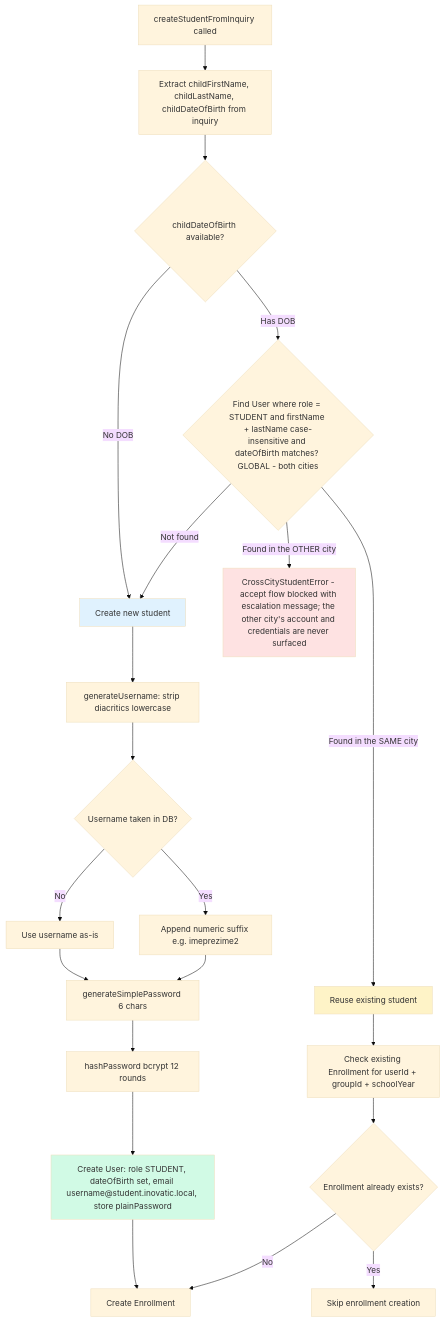
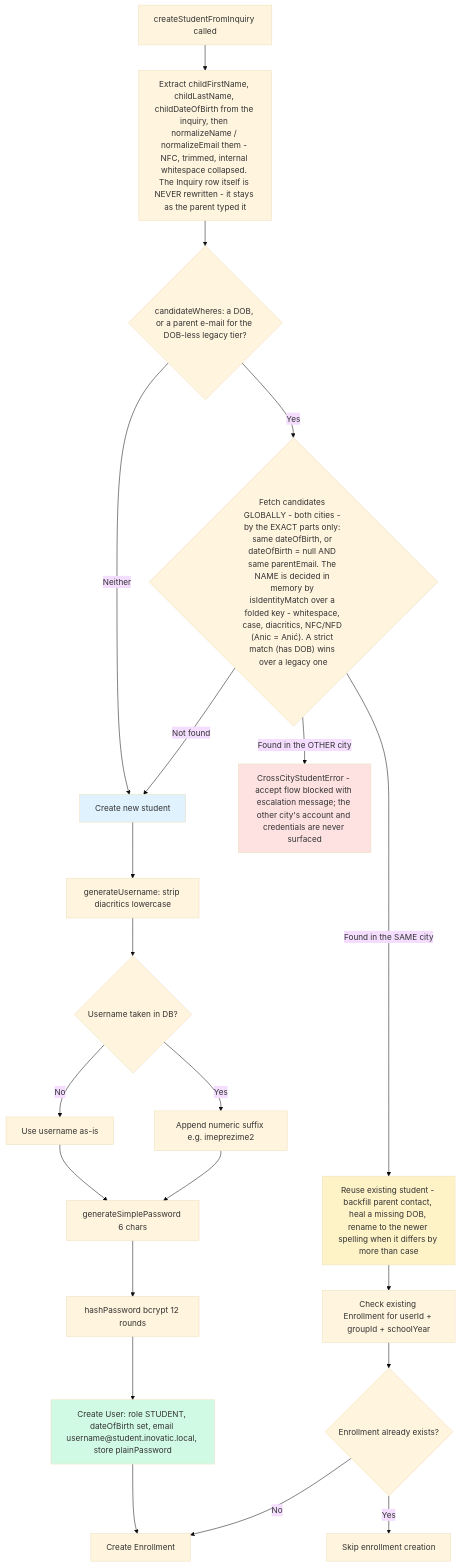
One commit to jpucic00/inovatic changed the eighth of 17 diagrams in docs/diagrams/enrollment-rules.md. Above: the diagram before and after it, drawn with Mermaid (base theme). The commit also changed other lines of this file and 19 other files, not shown here.

````diff
--- a/docs/diagrams/enrollment-rules.md
+++ b/docs/diagrams/enrollment-rules.md
@@ -348,30 +349,30 @@
 ```mermaid
 flowchart TD
-    A[createStudentFromInquiry called] --> B[Extract childFirstName, childLastName, childDateOfBirth from inquiry]
-    B --> C{childDateOfBirth available?}
-    C -->|No DOB| NEW[Create new student]
-    C -->|Has DOB| D{Find User where role = STUDENT and firstName + lastName case-insensitive and dateOfBirth matches? GLOBAL - both cities}
-    D -->|Found in the SAME city| REUSE[Reuse existing student]
+    A[createStudentFromInquiry called] --> B["Extract childFirstName, childLastName, childDateOfBirth from the inquiry, then normalizeName / normalizeEmail them - NFC, trimmed, internal whitespace collapsed. The Inquiry row itself is NEVER rewritten - it stays as the parent typed it"]
+    B --> C{"candidateWheres: a DOB, or a parent e-mail for the DOB-less legacy tier?"}
+    C -->|Neither| NEW[Create new student]
+    C -->|Yes| D{"Fetch candidates GLOBALLY - both cities - by the EXACT parts only: same dateOfBirth, or dateOfBirth = null AND same parentEmail. The NAME is decided in memory by isIdentityMatch over a folded key - whitespace, case, diacritics, NFC/NFD (Anic = Anić). A strict match (has DOB) wins over a legacy one"}
+    D -->|Found in the SAME city| REUSE["Reuse existing student - backfill parent contact, heal a missing DOB, rename to the newer spelling when it differs by more than case"]
     D -->|Found in the OTHER city| BLOCK["CrossCityStudentError - accept flow blocked with escalation message; the other city's account and credentials are never surfaced"]
     D -->|Not found| NEW
 
     NEW --> G[generateUsername: strip diacritics lowercase]
     G --> H{Username taken in DB?}
     H -->|No| I[Use username as-is]
     H -->|Yes| J[Append numeric suffix e.g. imeprezime2]
     I --> K[generateSimplePassword 6 chars]
     J --> K
     K --> L[hashPassword bcrypt 12 rounds]
     L --> M["Create User: role STUDENT, dateOfBirth set, email username@student.inovatic.local, store plainPassword"]
 
     REUSE --> N[Check existing Enrollment for userId + groupId + schoolYear]
     M --> N2[Create Enrollment]
     N --> O{Enrollment already exists?}
     O -->|Yes| P[Skip enrollment creation]
     O -->|No| N2
 
     style NEW fill:#e0f2fe
     style REUSE fill:#fef3c7
     style BLOCK fill:#fee2e2
     style M fill:#d1fae5
 ```
````
